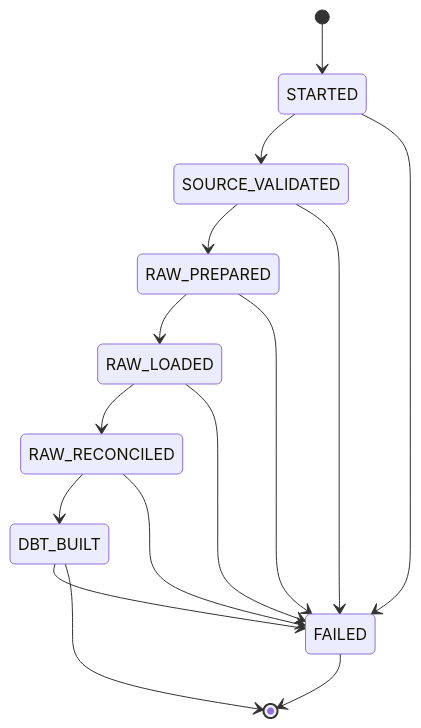
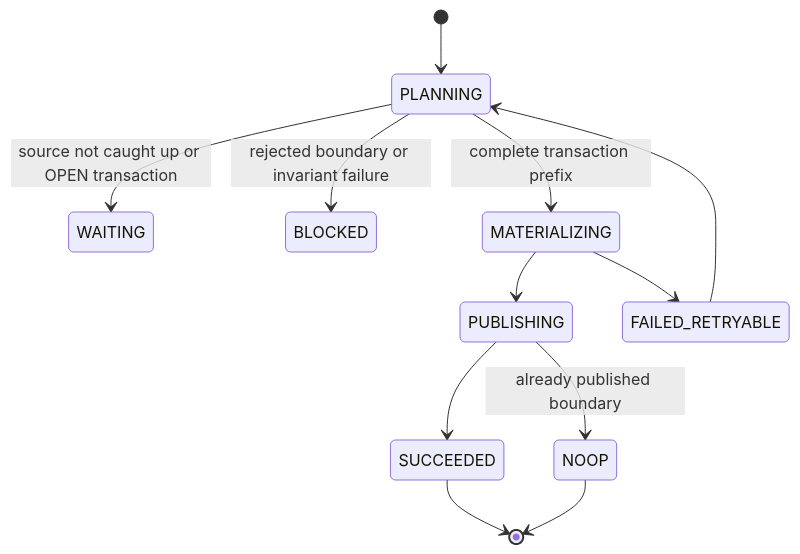
One commit to evgenii-karpov/olist-mds changed the third of 4 diagrams in docs/diagrams.md. Above: the diagram before and after it, drawn with Mermaid. The commit also changed other lines of this file and 319 other files, not shown here.

````diff
--- a/docs/diagrams.md
+++ b/docs/diagrams.md
@@ -171,17 +56,14 @@
 ```mermaid
 stateDiagram-v2
-    [*] --> STARTED
-    STARTED --> SOURCE_VALIDATED
-    SOURCE_VALIDATED --> RAW_PREPARED
-    RAW_PREPARED --> RAW_LOADED
-    RAW_LOADED --> RAW_RECONCILED
-    RAW_RECONCILED --> DBT_BUILT
-    STARTED --> FAILED
-    SOURCE_VALIDATED --> FAILED
-    RAW_PREPARED --> FAILED
-    RAW_LOADED --> FAILED
-    RAW_RECONCILED --> FAILED
-    DBT_BUILT --> FAILED
-    DBT_BUILT --> [*]
-    FAILED --> [*]
+    [*] --> PLANNING
+    PLANNING --> WAITING: source not caught up or OPEN transaction
+    PLANNING --> BLOCKED: rejected boundary or invariant failure
+    PLANNING --> MATERIALIZING: complete transaction prefix
+    MATERIALIZING --> PUBLISHING
+    PUBLISHING --> SUCCEEDED
+    PUBLISHING --> NOOP: already published boundary
+    MATERIALIZING --> FAILED_RETRYABLE
+    FAILED_RETRYABLE --> PLANNING
+    SUCCEEDED --> [*]
+    NOOP --> [*]
 ```
````
